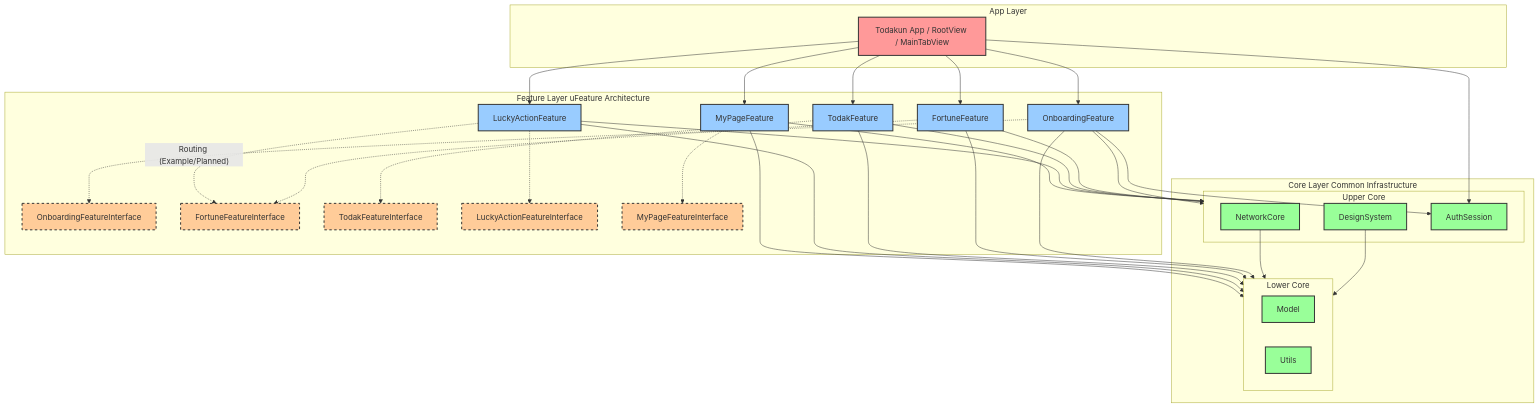
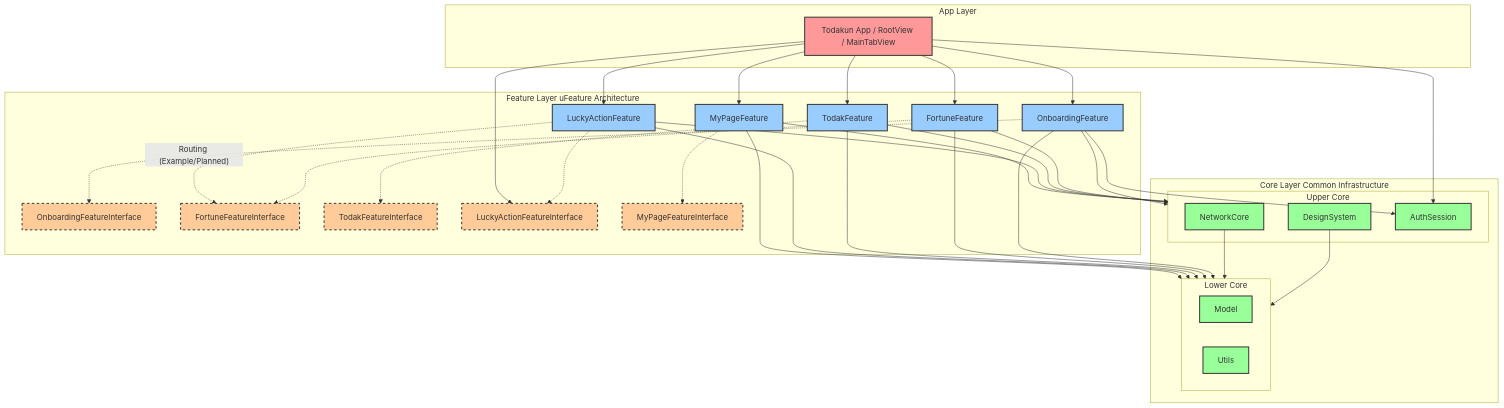
The diagram in README.md (YAPP-Github/28th-App-Team-2-iOS), drawn with Mermaid before and after one commit. The commit also changed 51 other files, not shown here.

First line of the commit message:
feat(lucky-action): 행운 액션 화면과 날짜별 조회를 구현 (#95)

````diff
--- a/README.md
+++ b/README.md
@@ -25,76 +25,77 @@
 ```mermaid
 graph TD
     subgraph AppLayer [App Layer]
         TodakunApp[Todakun App / RootView / MainTabView]
     end
 
     subgraph FeatureLayer [Feature Layer uFeature Architecture]
         Onboarding[OnboardingFeature]
         OnboardingIF[OnboardingFeatureInterface]
         Fortune[FortuneFeature]
         FortuneIF[FortuneFeatureInterface]
         Todak[TodakFeature]
         TodakIF[TodakFeatureInterface]
         LuckyAction[LuckyActionFeature]
         LuckyActionIF[LuckyActionFeatureInterface]
         MyPage[MyPageFeature]
         MyPageIF[MyPageFeatureInterface]
 
         Onboarding -.-> OnboardingIF
         Fortune -.-> FortuneIF
         Todak -.-> TodakIF
         LuckyAction -.-> LuckyActionIF
         MyPage -.-> MyPageIF
     end
 
     subgraph CoreLayer [Core Layer Common Infrastructure]
         subgraph UpperCore [Upper Core]
             DesignSystem[DesignSystem]
             NetworkCore[NetworkCore]
             AuthSession[AuthSession]
         end
         subgraph LowerCore [Lower Core]
             Model[Model]
             Utils[Utils]
         end
         
         DesignSystem --> LowerCore
         NetworkCore --> LowerCore
     end
 
     %% App Layer imports features
     TodakunApp --> Onboarding
     TodakunApp --> Fortune
     TodakunApp --> Todak
     TodakunApp --> LuckyAction
+    TodakunApp --> LuckyActionIF
     TodakunApp --> MyPage
     
     %% Example of Feature Navigation via Interface
     LuckyAction -. "Routing (Example/Planned)" .-> FortuneIF
     
     %% Features depend on Core
     Onboarding --> UpperCore
     Onboarding --> LowerCore
     Fortune --> UpperCore
     Fortune --> LowerCore
     Todak --> UpperCore
     Todak --> LowerCore
     LuckyAction --> UpperCore
     LuckyAction --> LowerCore
     MyPage --> UpperCore
     MyPage --> LowerCore
 
     TodakunApp --> AuthSession
     Onboarding --> AuthSession
 
     %% Styling
     classDef app fill:#ff9999,stroke:#333,stroke-width:2px;
     classDef feature fill:#99ccff,stroke:#333,stroke-width:2px;
     classDef interface fill:#ffcc99,stroke:#333,stroke-width:2px,stroke-dasharray: 5 5;
     classDef core fill:#99ff99,stroke:#333,stroke-width:2px;
     
     class TodakunApp app;
     class Onboarding,Fortune,Todak,LuckyAction,MyPage feature;
     class OnboardingIF,FortuneIF,TodakIF,LuckyActionIF,MyPageIF interface;
     class DesignSystem,NetworkCore,AuthSession,Model,Utils core;
 ```
````
